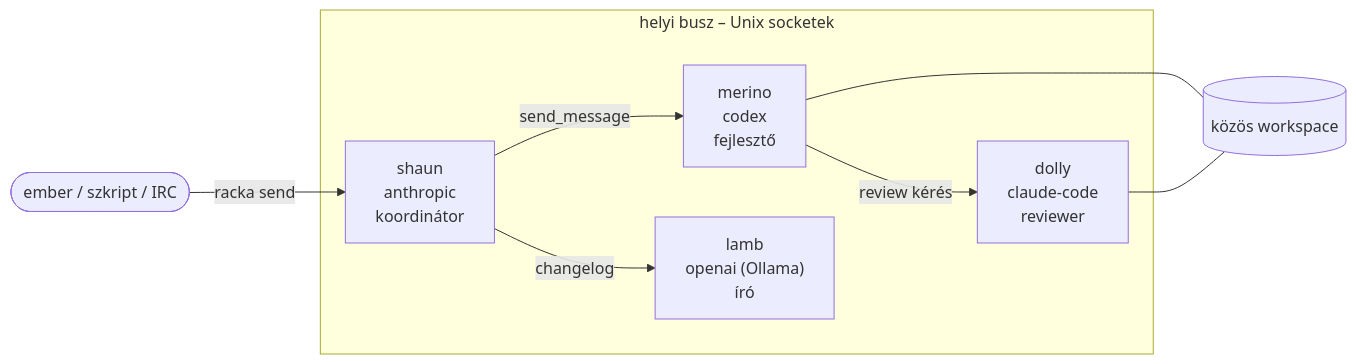
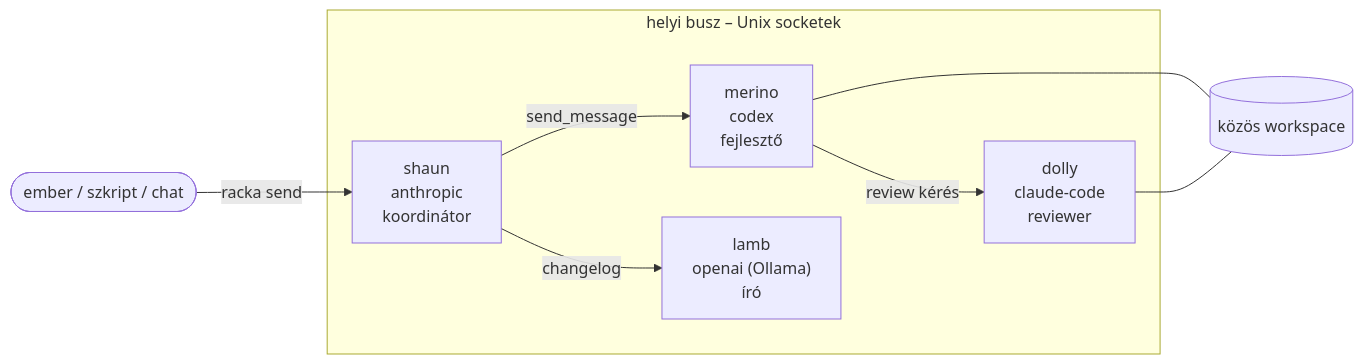
One commit to k0zi/Racka changed the diagram in README.md. Above: the diagram before and after it, drawn with Mermaid. The commit also changed other lines of this file and 91 other files, not shown here.

````diff
--- a/README.md
+++ b/README.md
@@ -25,14 +25,14 @@
 ```mermaid
 flowchart LR
-    you([ember / szkript / IRC]) -->|racka send| shaun
+    you([ember / szkript / chat]) -->|racka send| shaun
     subgraph herd [helyi busz – Unix socketek]
         shaun["shaun<br/>anthropic<br/>koordinátor"]
         merino["merino<br/>codex<br/>fejlesztő"]
         dolly["dolly<br/>claude-code<br/>reviewer"]
         lamb["lamb<br/>openai (Ollama)<br/>író"]
     end
     shaun -->|send_message| merino
     merino -->|review kérés| dolly
     shaun -->|changelog| lamb
     merino & dolly --- ws[(közös workspace)]
 ```
````
